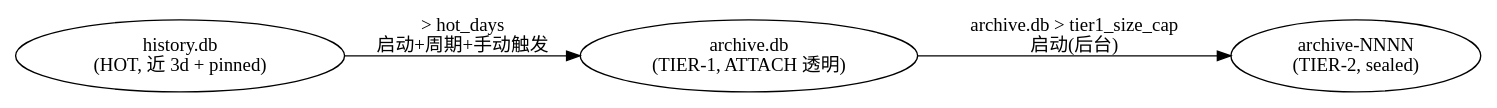
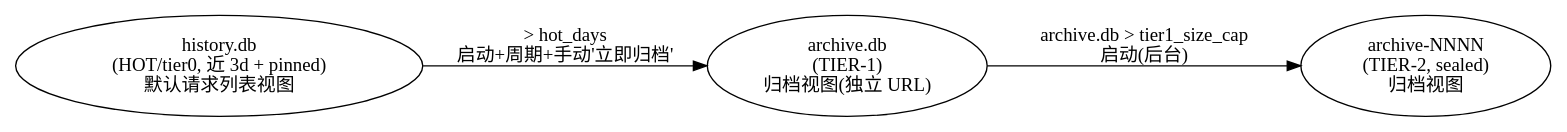
Before and after one commit to puxu-msft/copilot-api-js: the diagram in docs/spec/2026-07-14-history-tiered-archive.md, drawn with Graphviz. The commit also changed other lines of this file, not shown here.

First line of the commit message:
docs: spec v3 for history tiered archive (view-domain split + review round 2)

````diff
--- a/docs/spec/2026-07-14-history-tiered-archive.md
+++ b/docs/spec/2026-07-14-history-tiered-archive.md
@@ -30,10 +34,10 @@
 ```dot
 digraph tiered {
   rankdir=LR;
-  HOT [label="history.db\n(HOT, 近 3d + pinned)"];
-  T1  [label="archive.db\n(TIER-1, ATTACH 透明)"];
-  T2  [label="archive-NNNN\n(TIER-2, sealed)"];
-  HOT -> T1 [label="> hot_days\n启动+周期+手动触发"];
+  HOT [label="history.db\n(HOT/tier0, 近 3d + pinned)\n默认请求列表视图"];
+  T1  [label="archive.db\n(TIER-1)\n归档视图(独立 URL)"];
+  T2  [label="archive-NNNN\n(TIER-2, sealed)\n归档视图"];
+  HOT -> T1 [label="> hot_days\n启动+周期+手动'立即归档'"];
   T1  -> T2 [label="archive.db > tier1_size_cap\n启动(后台)"];
 }
 ```
````
